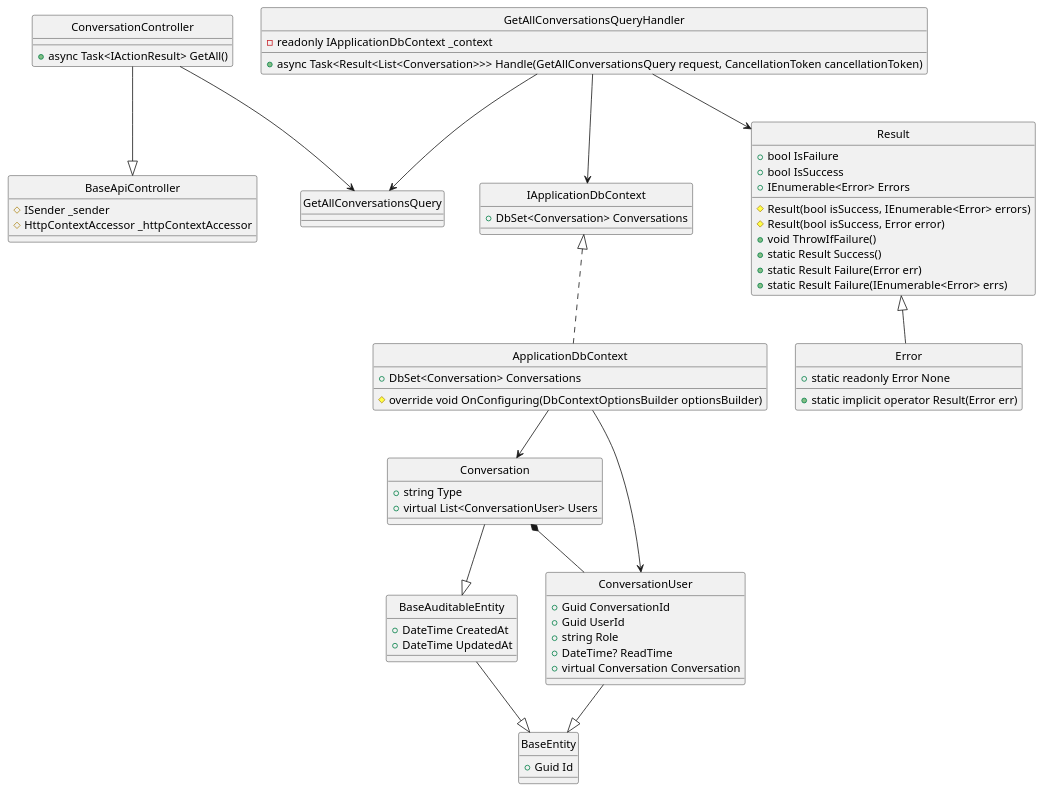
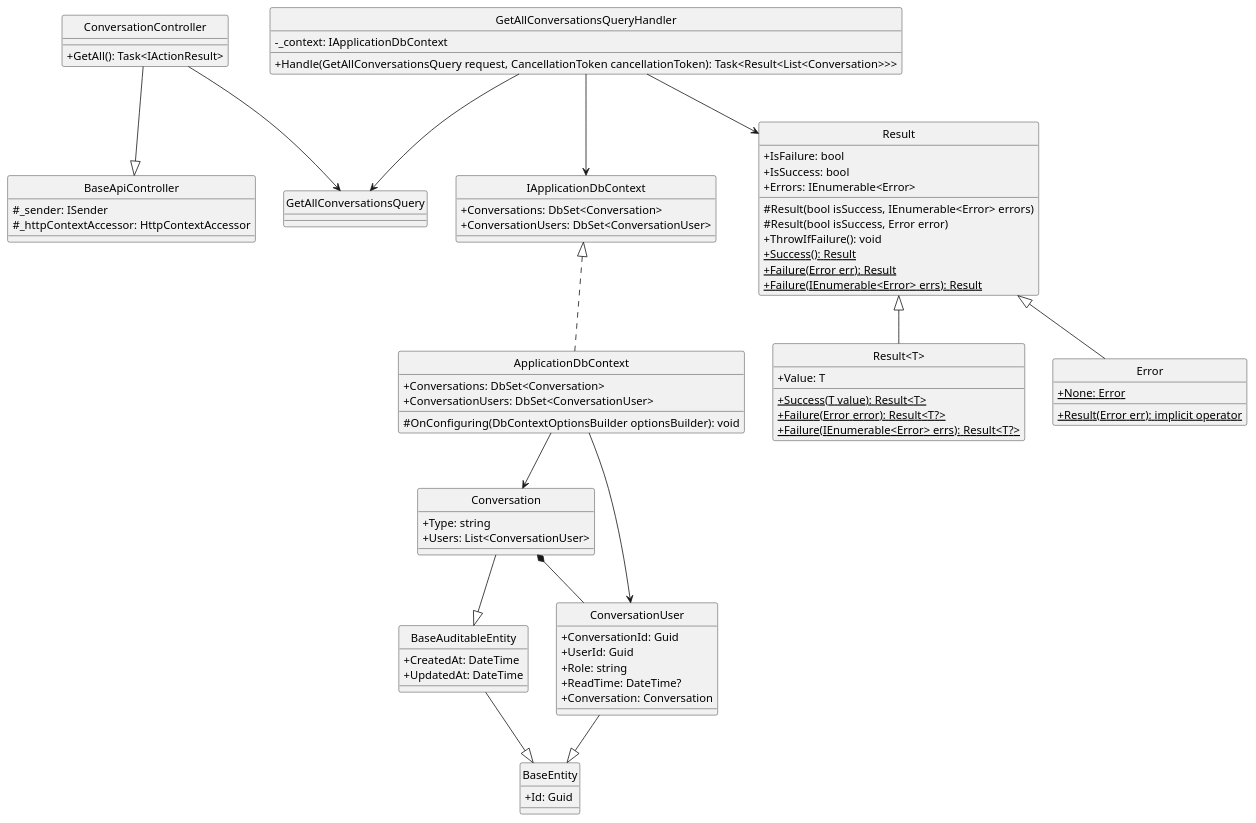
The diagram in docs/Class Diagram/Conversation/GetAll/ClassDiagram.plantuml (Carl-Johnsons/Chat-Application), drawn with PlantUML before and after one commit. The commit also changed 2 other files, not shown here.

Commit message:
update conversation class diagram

```diff
--- a/docs/Class Diagram/Conversation/GetAll/ClassDiagram.plantuml
+++ b/docs/Class Diagram/Conversation/GetAll/ClassDiagram.plantuml
@@ -1,81 +1,97 @@
 @startuml 
 hide circle
+skinparam classAttributeIconSize 0
 
 class BaseApiController {
-    #ISender _sender
-    #HttpContextAccessor _httpContextAccessor
+    #_sender: ISender
+    #_httpContextAccessor: HttpContextAccessor 
 }
 
 class ConversationController {
-    +async Task<IActionResult> GetAll()
+    +GetAll(): Task<IActionResult>
 }
 
 class GetAllConversationsQuery {}
 
 class GetAllConversationsQueryHandler {
-    -readonly IApplicationDbContext _context
-    +async Task<Result<List<Conversation>>> Handle(GetAllConversationsQuery request, CancellationToken cancellationToken)
+    -_context: IApplicationDbContext
+    +Handle(GetAllConversationsQuery request, CancellationToken cancellationToken): Task<Result<List<Conversation>>>
 }
 
 class IApplicationDbContext {
-    +DbSet<Conversation> Conversations
+    +Conversations: DbSet<Conversation>
+    +ConversationUsers: DbSet<ConversationUser>
 }
 
 class ApplicationDbContext {
-    +DbSet<Conversation> Conversations
-    #override void OnConfiguring(DbContextOptionsBuilder optionsBuilder)
+    +Conversations: DbSet<Conversation>
+    +ConversationUsers: DbSet<ConversationUser>
+    #OnConfiguring(DbContextOptionsBuilder optionsBuilder): void
 }
 
 class Result {
-    +bool IsFailure
-    +bool IsSuccess
-    +IEnumerable<Error> Errors
+    +IsFailure: bool
+    +IsSuccess: bool
+    +Errors: IEnumerable<Error>
     #Result(bool isSuccess, IEnumerable<Error> errors)
     #Result(bool isSuccess, Error error)
-    +void ThrowIfFailure()
-    +static Result Success()
-    +static Result Failure(Error err)
-    +static Result Failure(IEnumerable<Error> errs)
+    +ThrowIfFailure(): void
+    +{static} Success(): Result 
+    +{static} Failure(Error err): Result
+    +{static} Failure(IEnumerable<Error> errs): Result
+}
+
+class "Result<T>" {
+    +Value: T
+    +{static} Success(T value): Result<T>
+    +{static} Failure(Error error): Result<T?>
+    +{static} Failure(IEnumerable<Error> errs): Result<T?>
 }
 
 class Error {
-    +static readonly Error None
-    +static implicit operator Result(Error err)
+    +{static} None: Error
+    +{static} Result(Error err): implicit operator
 }
 
 class BaseEntity {
-    +Guid Id
+    +Id: Guid
 }
 
 class BaseAuditableEntity{
-    +DateTime CreatedAt
-    +DateTime UpdatedAt
+    +CreatedAt: DateTime
+    +UpdatedAt: DateTime
 }
 
 class Conversation {
-    +string Type
-    +virtual List<ConversationUser> Users
+    +Type: string
+    +Users: List<ConversationUser>
 }
 
 class ConversationUser {
-    +Guid ConversationId
-    +Guid UserId
-    +string Role 
-    +DateTime? ReadTime
-    +virtual Conversation Conversation
+    +ConversationId: Guid
+    +UserId: Guid
+    +Role: string 
+    +ReadTime: DateTime?
+    +Conversation: Conversation
 }
 
+'==== Get All Conversation ====
+'API Layer
 ConversationController --|> BaseApiController
 ConversationController --> GetAllConversationsQuery
+'Application Layer
 GetAllConversationsQueryHandler --> GetAllConversationsQuery
 GetAllConversationsQueryHandler --> Result
 GetAllConversationsQueryHandler --> IApplicationDbContext
-IApplicationDbContext <|.. ApplicationDbContext
+'Domain Layer
 Result <|-- Error
-ApplicationDbContext --> ConversationUser
-ApplicationDbContext --> Conversation
+Result <|-- "Result<T>"
 ConversationUser --|> BaseEntity
 Conversation --|> BaseAuditableEntity
 Conversation *-- ConversationUser
 BaseAuditableEntity --|>BaseEntity
+'Infrastructure Layer
+IApplicationDbContext <|.. ApplicationDbContext
+ApplicationDbContext --> ConversationUser
+ApplicationDbContext --> Conversation
 @enduml
```
